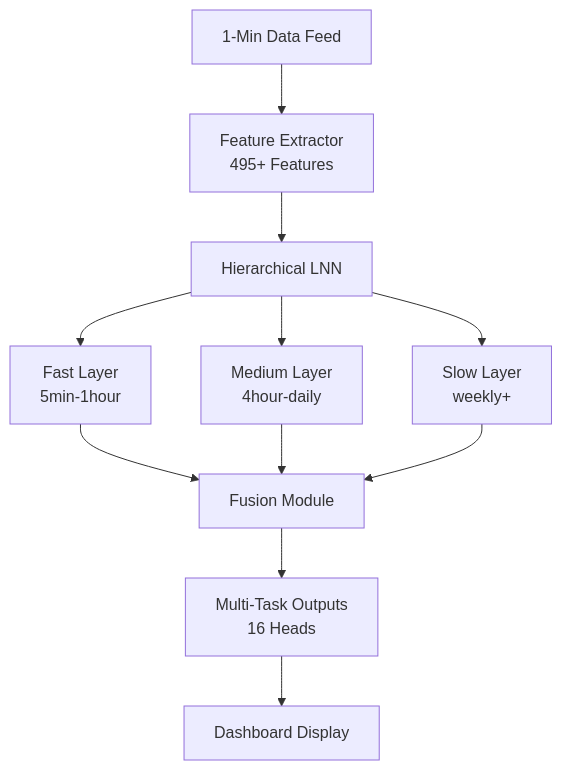
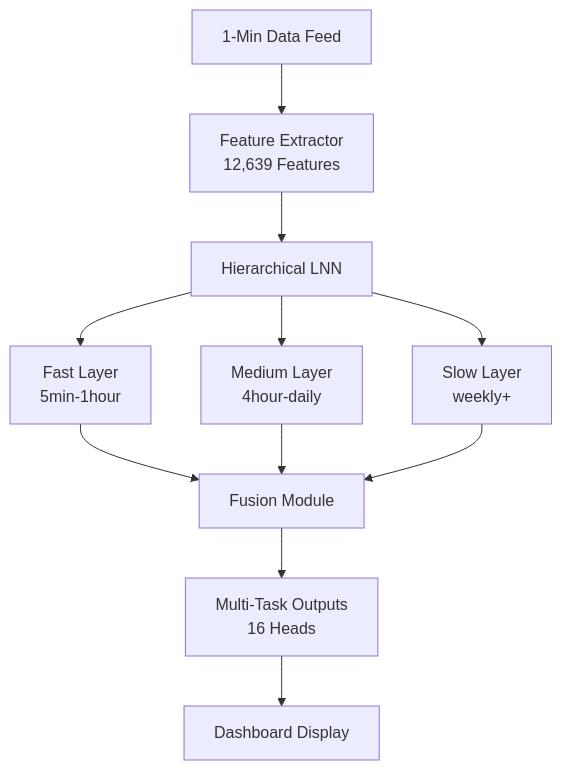
The diagram in Technical_Specification_v3.md (frankywashere/autotrade2), drawn with Mermaid before and after one commit. The commit also changed other lines of this file and 3 other files, not shown here.

````diff
--- a/Technical_Specification_v3.md
+++ b/Technical_Specification_v3.md
@@ -97,13 +98,13 @@
 ```mermaid
 graph TD
-    A[1-Min Data Feed] --> B[Feature Extractor<br/>495+ Features]
+    A[1-Min Data Feed] --> B[Feature Extractor<br/>12,639 Features]
     B --> C[Hierarchical LNN]
     C --> D[Fast Layer<br/>5min-1hour]
     C --> E[Medium Layer<br/>4hour-daily]
     C --> F[Slow Layer<br/>weekly+]
     D --> G[Fusion Module]
     E --> G
     F --> G
     G --> H[Multi-Task Outputs<br/>16 Heads]
     H --> I[Dashboard Display]
 ```
````
